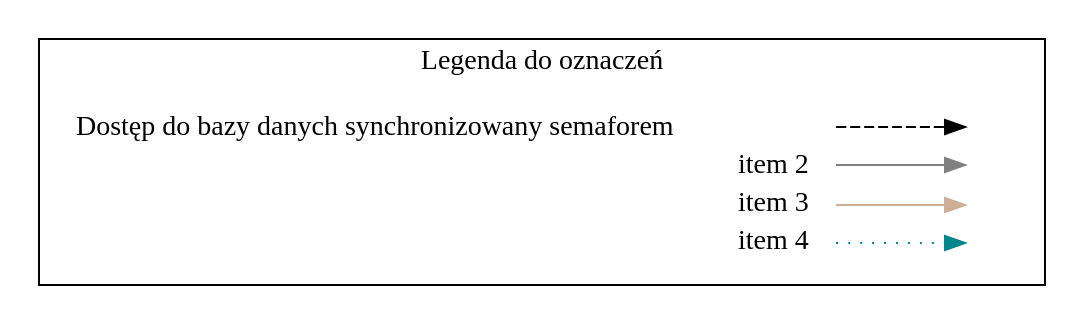
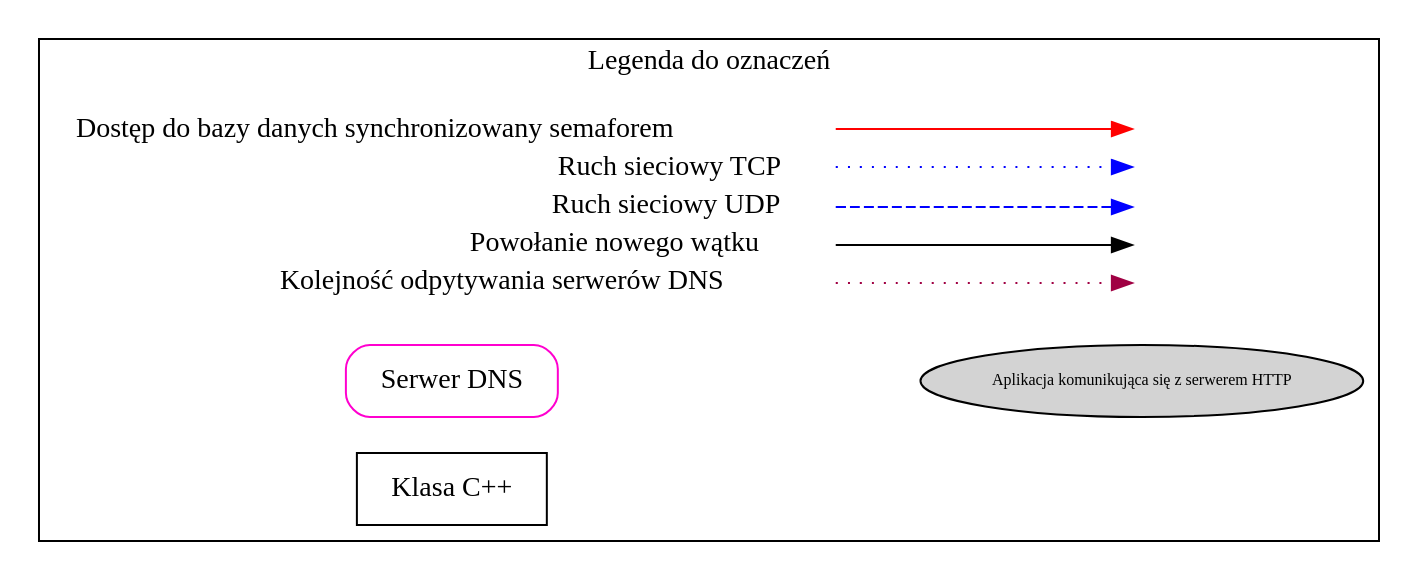
Before and after one commit to Aerial94/TIN: the diagram in doc/legend.dot, drawn with Graphviz. The commit also changed 3 other files, not shown here.

Commit message:
Poprawka legendy do diagramu Poprawa literówki Dodanie sytuacji wyjątkowej Dodanie podziałów stron

```diff
--- a/doc/legend.dot
+++ b/doc/legend.dot
@@ -1,23 +1,47 @@
 digraph {
   rankdir=LR
   node [shape=plaintext]
   subgraph cluster_01 {
     label = "Legenda do oznaczeń";
     key [label=<<table border="0" cellpadding="2" cellspacing="0" cellborder="0">
       <tr><td align="right" port="i1">Dostęp do bazy danych synchronizowany semaforem</td></tr>
-      <tr><td align="right" port="i2">item 2</td></tr>
-      <tr><td align="right" port="i3">item 3</td></tr>
-      <tr><td align="right" port="i4">item 4</td></tr>
+      <tr><td align="right" port="i2">Ruch sieciowy TCP</td></tr>
+      <tr><td align="right" port="i3">Ruch sieciowy UDP</td></tr>
+      <tr><td align="right" port="i4">Powołanie nowego wątku</td></tr>
+      <tr><td align="right" port="i5">Kolejność odpytywania serwerów DNS</td></tr>
       </table>>]
     key2 [label=<<table border="0" cellpadding="2" cellspacing="0" cellborder="0">
       <tr><td port="i1">&nbsp;</td></tr>
       <tr><td port="i2">&nbsp;</td></tr>
       <tr><td port="i3">&nbsp;</td></tr>
       <tr><td port="i4">&nbsp;</td></tr>
+      <tr><td port="i5">&nbsp;</td></tr>
       </table>>]
-    key:i1:e -> key2:i1:w [style=dashed]
-    key:i2:e -> key2:i2:w [color=gray]
-    key:i3:e -> key2:i3:w [color=peachpuff3]
-    key:i4:e -> key2:i4:w [color=turquoise4, style=dotted]
+    key:i1:e -> key2:i1:w [style="solid", color="red"]
+    key:i2:e -> key2:i2:w [style = "dotted", color="blue"]
+    key:i3:e -> key2:i3:w [style = "dashed", color="blue"]
+    key:i4:e -> key2:i4:w
+    key:i5:e -> key2:i5:w [style="dotted" color="#A00043"]
+
+    server [
+        label = "Serwer DNS"
+        style="solid"
+        color="#FF00CF"
+        style = "rounded"
+        shape = "box"
+    ]
+    class [
+        label = "Klasa C++"
+        shape = "box"
+    ]
+    client [
+        label = "Aplikacja komunikująca się z serwerem HTTP"
+        shape = "ellipse"
+        fontsize = 8
+        width=0.2
+        style=filled
+    ]
+    server -> client [style=invis]
+
   }
 }
```
